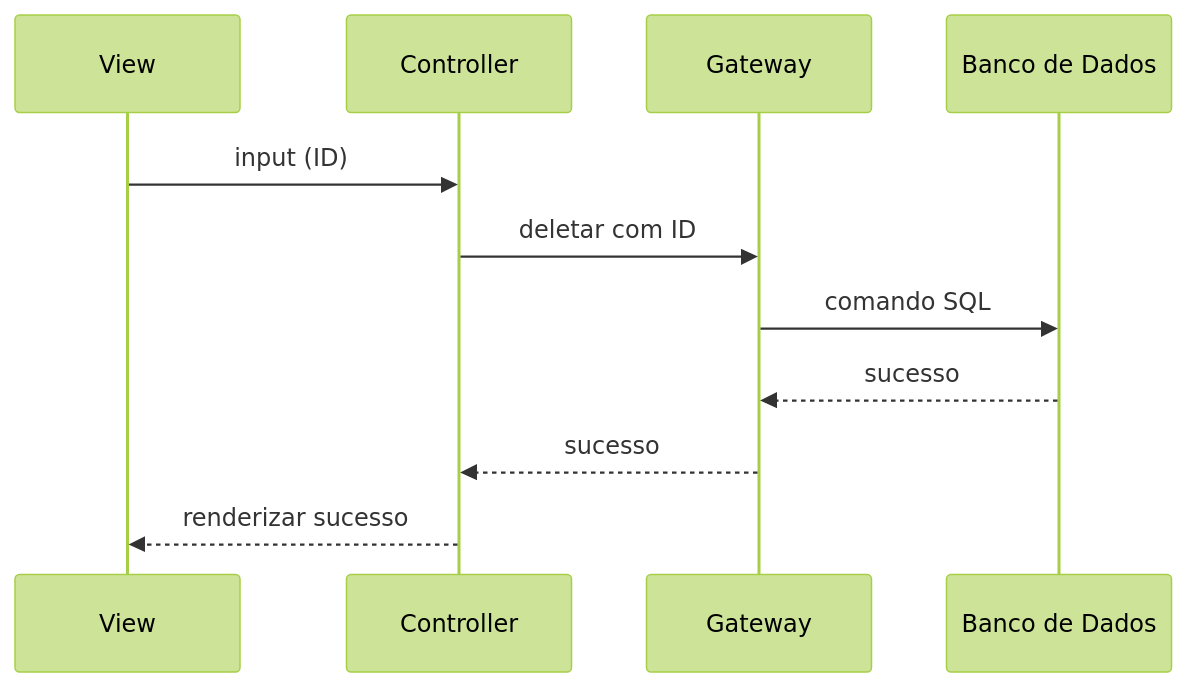
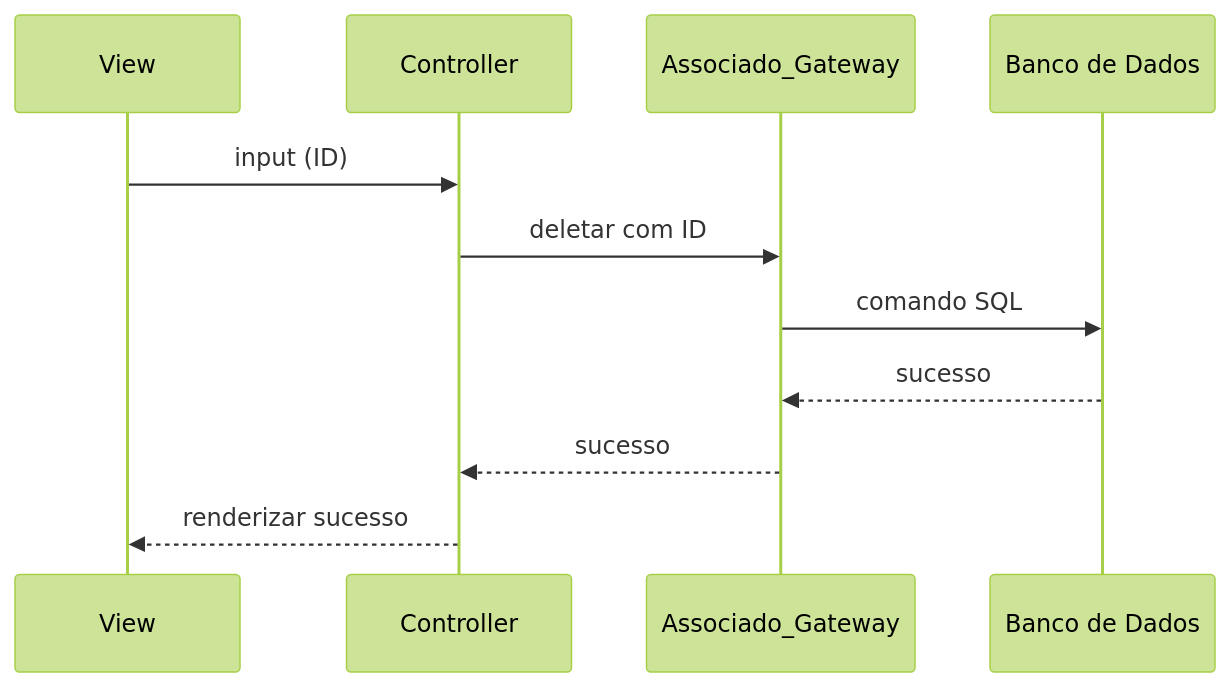
Before and after one commit to nori-marcos/clubeEsportivo: the fourth of 4 diagrams in README.md, drawn with Mermaid (forest theme). The commit also changed other lines of this file and 5 other files, not shown here.

````diff
--- a/README.md
+++ b/README.md
@@ -200,9 +200,9 @@
 ```mermaid
 sequenceDiagram
     View ->> Controller: input (ID)
-    Controller ->> Gateway: deletar com ID
-    Gateway ->> Banco de Dados: comando SQL
-    Banco de Dados -->> Gateway: sucesso
-    Gateway -->> Controller: sucesso
+    Controller ->> Associado_Gateway: deletar com ID
+    Associado_Gateway ->> Banco de Dados: comando SQL
+    Banco de Dados -->> Associado_Gateway: sucesso
+    Associado_Gateway -->> Controller: sucesso
     Controller -->> View: renderizar sucesso
 ```
````
